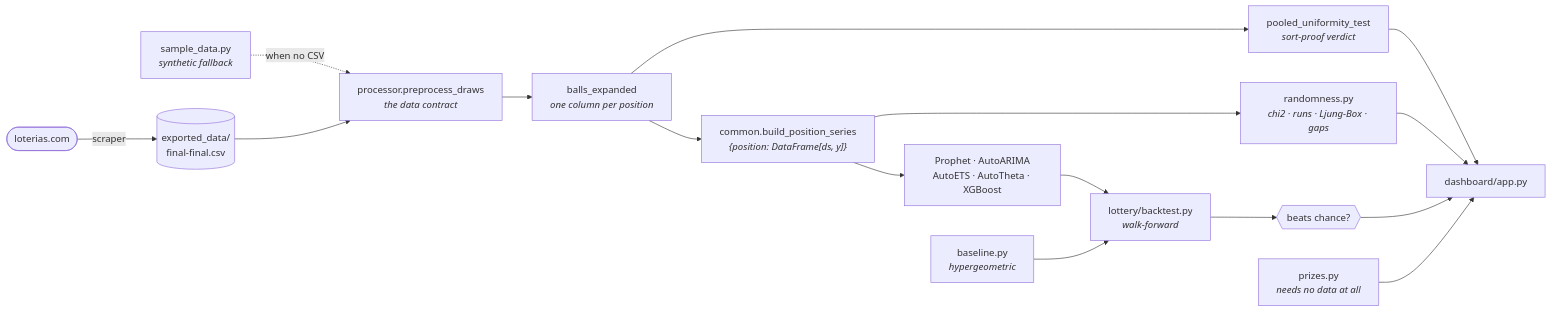
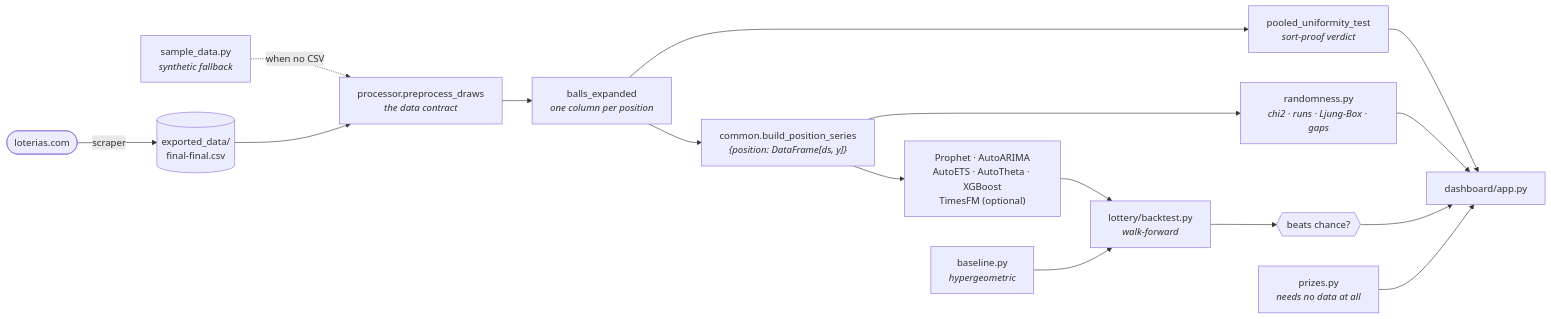
One commit to andresfelipe9619/prophet-playground changed the second of 3 diagrams in docs/architecture.md. Above: the diagram before and after it, drawn with Mermaid. The commit also changed 14 other files, not shown here.

````diff
--- a/docs/architecture.md
+++ b/docs/architecture.md
@@ -87,18 +87,18 @@
 ```mermaid
 flowchart LR
     WEB(["loterias.com"]) -->|"scraper"| CSV[("exported_data/<br/>final-final.csv")]
     SYN["sample_data.py<br/><i>synthetic fallback</i>"] -.->|"when no CSV"| PRE
     CSV --> PRE["processor.preprocess_draws<br/><i>the data contract</i>"]
     PRE --> BE["balls_expanded<br/><i>one column per position</i>"]
     BE --> BPS["common.build_position_series<br/><i>{position: DataFrame[ds, y]}</i>"]
 
     BE --> POOL["pooled_uniformity_test<br/><i>sort-proof verdict</i>"]
     BPS --> ANA["randomness.py<br/><i>chi2 · runs · Ljung-Box · gaps</i>"]
-    BPS --> MODELS["Prophet · AutoARIMA<br/>AutoETS · AutoTheta · XGBoost"]
+    BPS --> MODELS["Prophet · AutoARIMA<br/>AutoETS · AutoTheta · XGBoost<br/>TimesFM (optional)"]
     MODELS --> BTEST["lottery/backtest.py<br/><i>walk-forward</i>"]
     CHANCE["baseline.py<br/><i>hypergeometric</i>"] --> BTEST
     BTEST --> VERDICT{{"beats chance?"}}
 
     POOL & ANA & VERDICT --> UI["dashboard/app.py"]
     RULES["prizes.py<br/><i>needs no data at all</i>"] --> UI
 ```
````
